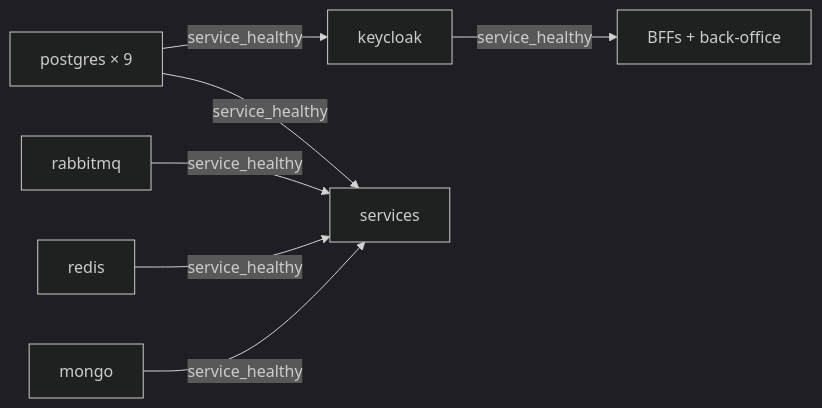
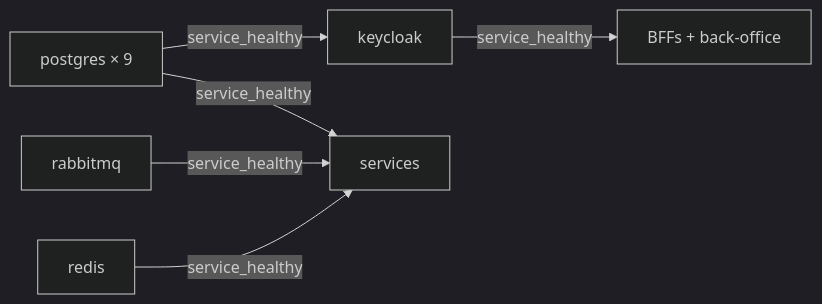
Before and after one commit to rakshins10/E-Commerce: the second of 2 diagrams in docs/diagrams/deployment.md, drawn with Mermaid (dark theme). The commit also changed other lines of this file and 10 other files, not shown here.

````diff
--- a/docs/diagrams/deployment.md
+++ b/docs/diagrams/deployment.md
@@ -80,9 +79,8 @@
 ```mermaid
 graph LR
     A[postgres × 9] -->|service_healthy| B[keycloak]
     A -->|service_healthy| C[services]
     D[rabbitmq] -->|service_healthy| C
     E[redis] -->|service_healthy| C
-    F[mongo] -->|service_healthy| C
     B -->|service_healthy| G[BFFs + back-office]
 ```
````
